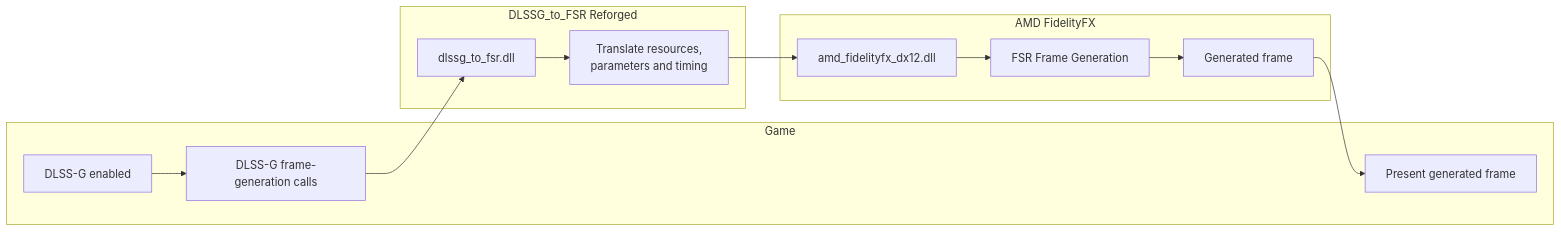
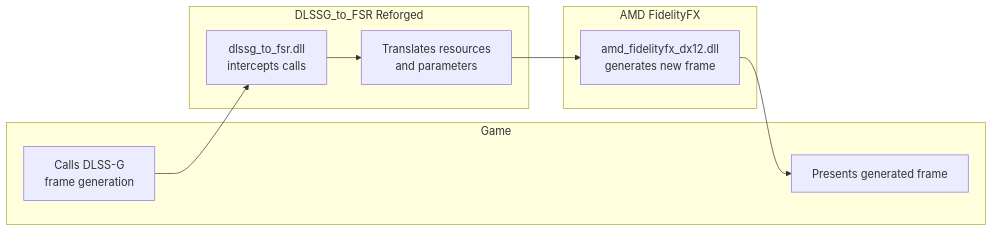
The diagram in README.md (RespectMathias/dlssg-to-fsr3), drawn with Mermaid before and after one commit.

````diff
--- a/README.md
+++ b/README.md
@@ -178,27 +178,18 @@
 ```mermaid
 flowchart LR
-    subgraph Game["Game"]
-        A["DLSS-G enabled"]
-        B["DLSS-G frame-generation calls"]
-        H["Present generated frame"]
+    subgraph game["Game"]
+        A["Calls DLSS-G<br/>frame generation"]
+        F["Presents generated frame"]
     end
 
-    subgraph Reforged["DLSSG_to_FSR Reforged"]
-        C["dlssg_to_fsr.dll"]
-        D["Translate resources,<br/>parameters and timing"]
+    subgraph reforged["DLSSG_to_FSR Reforged"]
+        B["dlssg_to_fsr.dll<br/>intercepts calls"]
+        C["Translates resources<br/>and parameters"]
     end
 
-    subgraph FidelityFX["AMD FidelityFX"]
-        E["amd_fidelityfx_dx12.dll"]
-        F["FSR Frame Generation"]
-        G["Generated frame"]
+    subgraph ffx["AMD FidelityFX"]
+        D["amd_fidelityfx_dx12.dll<br/>generates new frame"]
     end
 
-    A --> B
-    B --> C
-    C --> D
-    D --> E
-    E --> F
-    F --> G
-    G --> H
+    A --> B --> C --> D --> F
 ```
````
